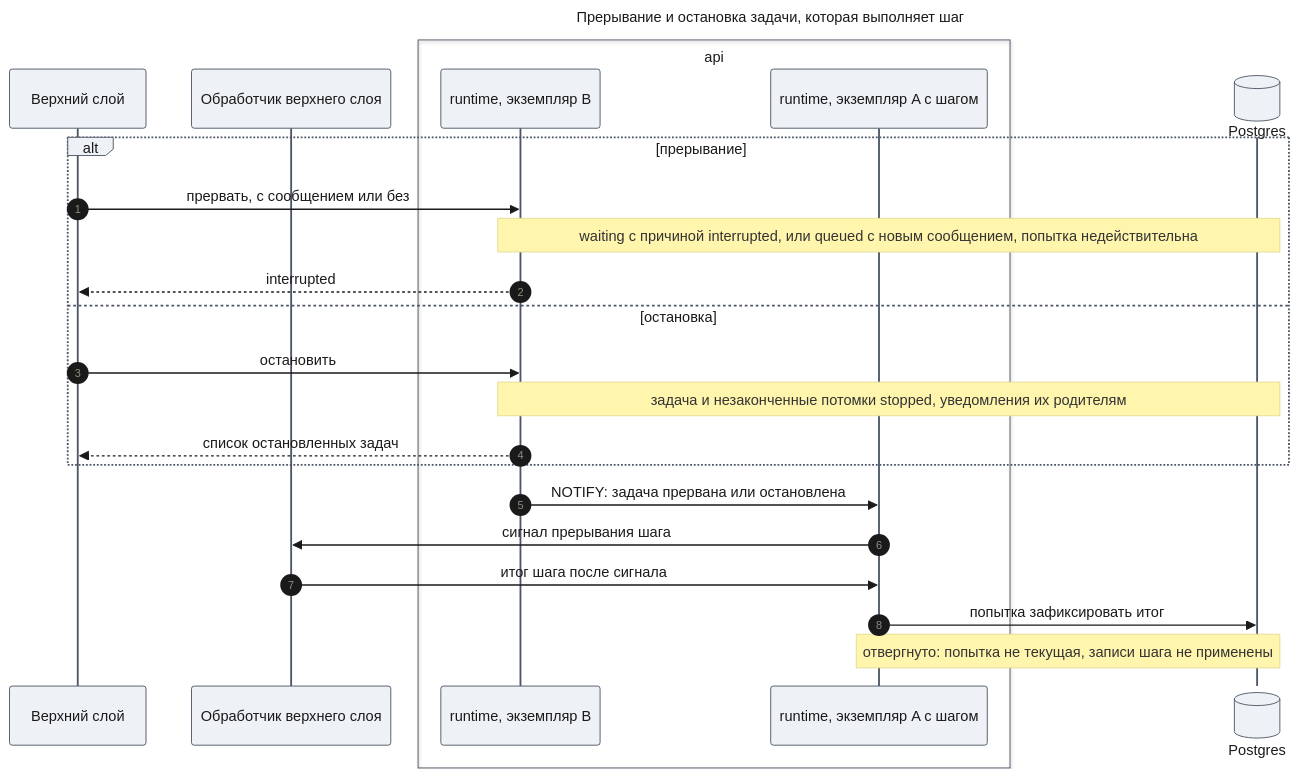
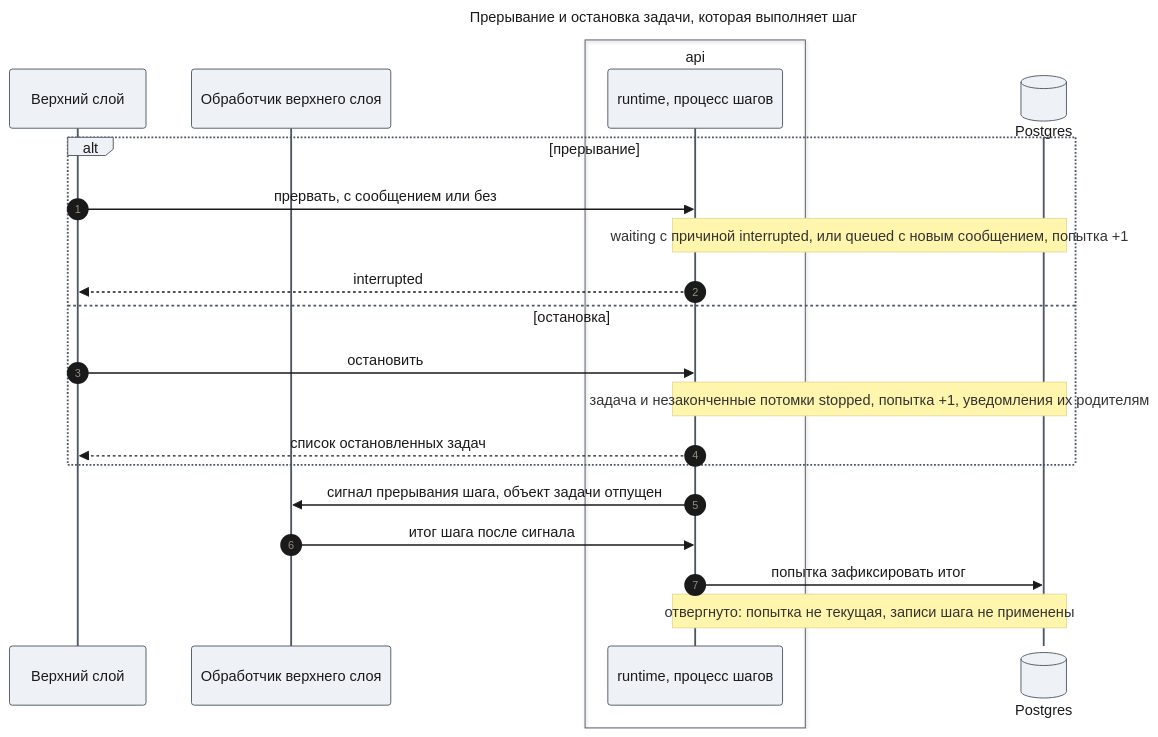
Before and after one commit to tundraray/agent-os: the ninth of 12 diagrams in docs/features/agent-platform/design-runtime.md, drawn with Mermaid. The commit also changed other lines of this file and 1225 other files, not shown here.

````diff
--- a/docs/features/agent-platform/design-runtime.md
+++ b/docs/features/agent-platform/design-runtime.md
@@ -625,47 +595,44 @@
 ```mermaid
 ---
 title: "Прерывание и остановка задачи, которая выполняет шаг"
 config:
   theme: base
   look: classic
   themeVariables:
     primaryColor: "#eef1f5"
     primaryBorderColor: "#4b5563"
     primaryTextColor: "#1a1a1a"
     lineColor: "#6b7280"
   themeCSS: |
-    @keyframes lit_f4{0%,11.25%{stroke:#991b1b;stroke-width:6px}12.5%,100%{stroke:#37474f;stroke-width:2px}}
-    @keyframes litr_f4{0%,11.25%{stroke:#1d4ed8;stroke-width:6px}12.5%,100%{stroke:#37474f;stroke-width:2px}}
-    .messageLine0[data-id='i2'],.messageLine1[data-id='i2']{animation:lit_f4 9.6s linear 0s infinite}
-    .messageLine0[data-id='i4'],.messageLine1[data-id='i4']{animation:litr_f4 9.6s linear 1.2s infinite}
-    .messageLine0[data-id='i6'],.messageLine1[data-id='i6']{animation:lit_f4 9.6s linear 2.4s infinite}
-    .messageLine0[data-id='i8'],.messageLine1[data-id='i8']{animation:litr_f4 9.6s linear 3.6s infinite}
-    .messageLine0[data-id='i10'],.messageLine1[data-id='i10']{animation:lit_f4 9.6s linear 4.8s infinite}
-    .messageLine0[data-id='i11'],.messageLine1[data-id='i11']{animation:lit_f4 9.6s linear 6s infinite}
-    .messageLine0[data-id='i12'],.messageLine1[data-id='i12']{animation:lit_f4 9.6s linear 7.2s infinite}
-    .messageLine0[data-id='i13'],.messageLine1[data-id='i13']{animation:lit_f4 9.6s linear 8.4s infinite}
+    @keyframes lit_f4{0%,12.857%{stroke:#991b1b;stroke-width:6px}14.286%,100%{stroke:#37474f;stroke-width:2px}}
+    @keyframes litr_f4{0%,12.857%{stroke:#1d4ed8;stroke-width:6px}14.286%,100%{stroke:#37474f;stroke-width:2px}}
+    .messageLine0[data-id='i2'],.messageLine1[data-id='i2']{animation:lit_f4 8.4s linear 0s infinite}
+    .messageLine0[data-id='i4'],.messageLine1[data-id='i4']{animation:litr_f4 8.4s linear 1.2s infinite}
+    .messageLine0[data-id='i6'],.messageLine1[data-id='i6']{animation:lit_f4 8.4s linear 2.4s infinite}
+    .messageLine0[data-id='i8'],.messageLine1[data-id='i8']{animation:litr_f4 8.4s linear 3.6s infinite}
+    .messageLine0[data-id='i10'],.messageLine1[data-id='i10']{animation:lit_f4 8.4s linear 4.8s infinite}
+    .messageLine0[data-id='i11'],.messageLine1[data-id='i11']{animation:lit_f4 8.4s linear 6s infinite}
+    .messageLine0[data-id='i12'],.messageLine1[data-id='i12']{animation:lit_f4 8.4s linear 7.2s infinite}
 ---
 sequenceDiagram
     autonumber
     participant S as Верхний слой
     participant H as Обработчик верхнего слоя
     box api
-    participant B as runtime, экземпляр B
-    participant A as runtime, экземпляр A с шагом
+    participant A as runtime, процесс шагов
     end
     participant DB@{ "type": "database" } as Postgres
     alt прерывание
-        S->>B: прервать, с сообщением или без
-        Note over B,DB: waiting с причиной interrupted, или queued с новым сообщением, попытка недействительна
-        B-->>S: interrupted
+        S->>A: прервать, с сообщением или без
+        Note over A,DB: waiting с причиной interrupted, или queued с новым сообщением, попытка +1
+        A-->>S: interrupted
     else остановка
-        S->>B: остановить
-        Note over B,DB: задача и незаконченные потомки stopped, уведомления их родителям
-        B-->>S: список остановленных задач
+        S->>A: остановить
+        Note over A,DB: задача и незаконченные потомки stopped, попытка +1, уведомления их родителям
+        A-->>S: список остановленных задач
     end
-    B->>A: NOTIFY: задача прервана или остановлена
-    A->>H: сигнал прерывания шага
+    A->>H: сигнал прерывания шага, объект задачи отпущен
     H->>A: итог шага после сигнала
     A->>DB: попытка зафиксировать итог
     Note over A,DB: отвергнуто: попытка не текущая, записи шага не применены
 ```
````
